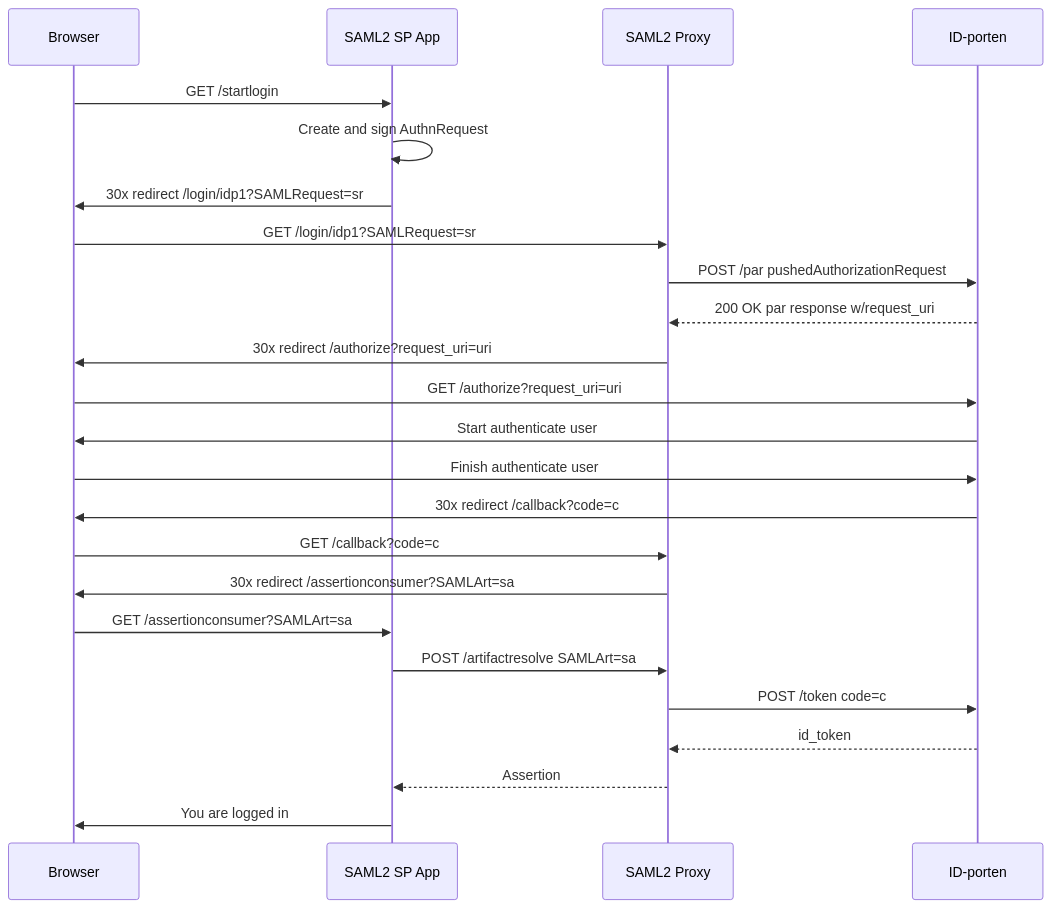
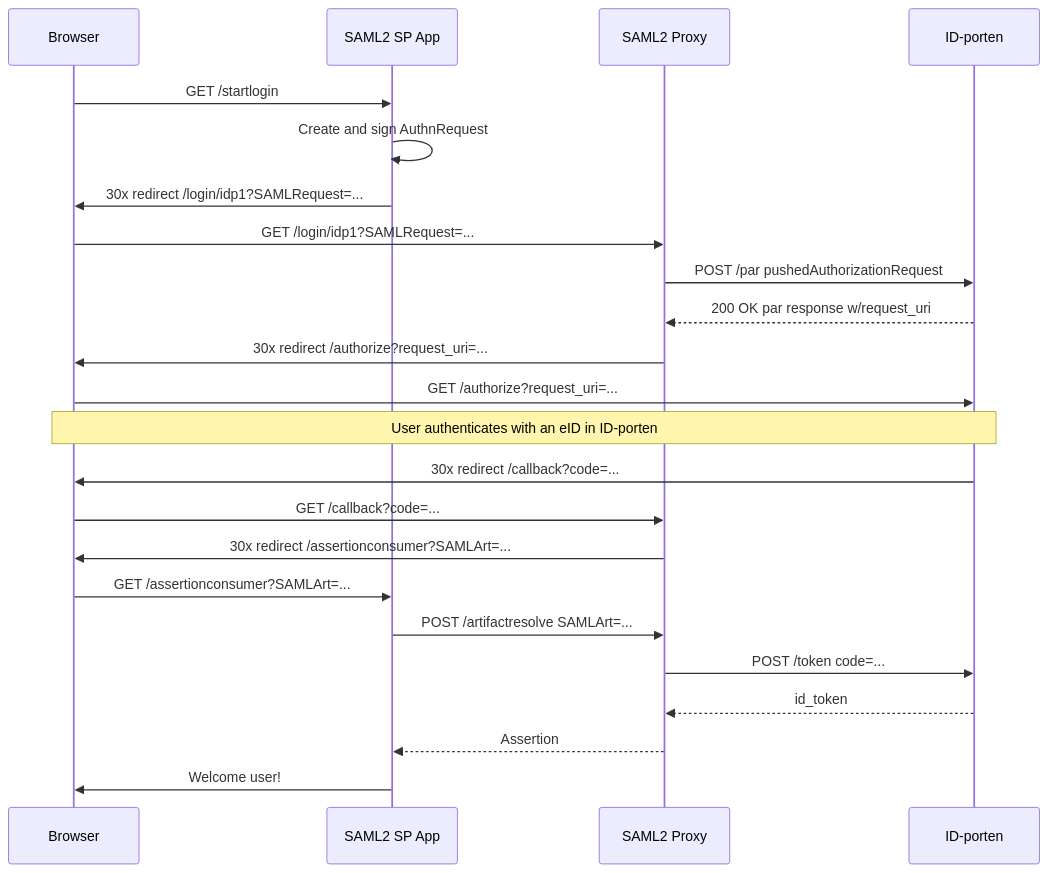
One commit to felleslosninger/docs changed the second of 2 diagrams in _docs/idporten/oidc/oidc_func_saml.md. Above: the diagram before and after it, drawn with Mermaid.

Commit message:
Update oidc_func_saml.md
Siste forsøk på mermaid sekvensdiagram

```diff
--- a/_docs/idporten/oidc/oidc_func_saml.md
+++ b/_docs/idporten/oidc/oidc_func_saml.md
@@ -40,22 +40,21 @@
 <div class="mermaid">
 sequenceDiagram
-    Browser ->> SAML2 SP App: GET /startlogin
-    SAML2 SP App ->> SAML2 SP App: Create and sign AuthnRequest
-    SAML2 SP App ->> Browser: 30x redirect /login/idp1?SAMLRequest=sr
-    Browser ->> SAML2 Proxy: GET /login/idp1?SAMLRequest=sr
-    SAML2 Proxy ->> ID-porten: POST /par pushedAuthorizationRequest
-    ID-porten -->> SAML2 Proxy: 200 OK par response w/request_uri
-    SAML2 Proxy ->> Browser: 30x redirect /authorize?request_uri=uri
-    Browser ->> ID-porten: GET /authorize?request_uri=uri
-    ID-porten ->> Browser: Start authenticate user
-    Browser ->> ID-porten: Finish authenticate user
-    ID-porten ->> Browser: 30x redirect /callback?code=c
-    Browser ->> SAML2 Proxy: GET /callback?code=c
-    SAML2 Proxy ->> Browser: 30x redirect /assertionconsumer?SAMLArt=sa
-    Browser ->> SAML2 SP App: GET /assertionconsumer?SAMLArt=sa
-    SAML2 SP App ->> SAML2 Proxy: POST /artifactresolve SAMLArt=sa
-    SAML2 Proxy ->> ID-porten: POST /token code=c
-    ID-porten -->> SAML2 Proxy: id_token
-    SAML2 Proxy -->> SAML2 SP App: Assertion
-    SAML2 SP App ->> Browser: You are logged in
+  Browser ->> SAML2 SP App: GET /startlogin
+  SAML2 SP App ->> SAML2 SP App: Create and sign AuthnRequest
+  SAML2 SP App ->> Browser: 30x redirect /login/idp1?SAMLRequest=...
+  Browser ->> SAML2 Proxy: GET /login/idp1?SAMLRequest=...
+  SAML2 Proxy ->> ID-porten: POST /par pushedAuthorizationRequest
+  ID-porten -->> SAML2 Proxy: 200 OK par response w/request_uri
+  SAML2 Proxy ->> Browser: 30x redirect /authorize?request_uri=...
+  Browser ->> ID-porten: GET /authorize?request_uri=...
+  Note over Browser, ID-porten: User authenticates with an eID in ID-porten
+  ID-porten ->> Browser: 30x redirect /callback?code=...
+  Browser ->> SAML2 Proxy: GET /callback?code=...
+  SAML2 Proxy ->> Browser: 30x redirect /assertionconsumer?SAMLArt=...
+  Browser ->> SAML2 SP App: GET /assertionconsumer?SAMLArt=...
+  SAML2 SP App ->> SAML2 Proxy: POST /artifactresolve SAMLArt=...
+  SAML2 Proxy ->> ID-porten: POST /token code=...
+  ID-porten -->> SAML2 Proxy: id_token
+  SAML2 Proxy -->> SAML2 SP App: Assertion
+  SAML2 SP App ->> Browser: Welcome user!
 </div>
```
